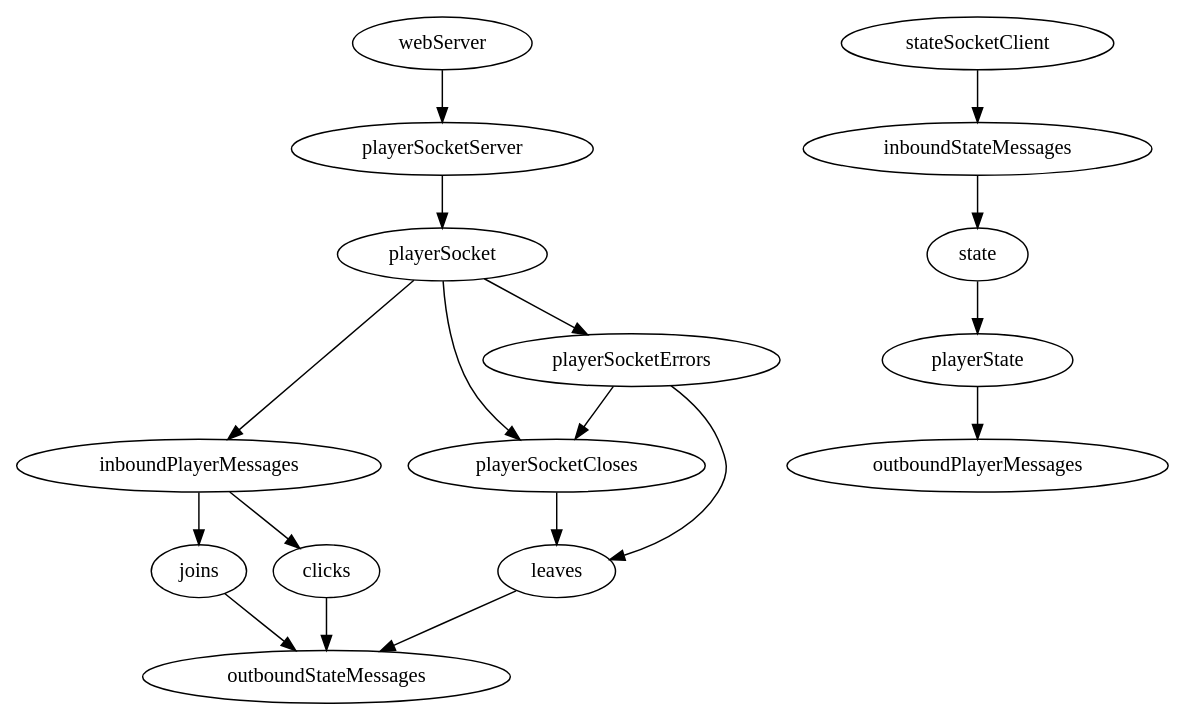
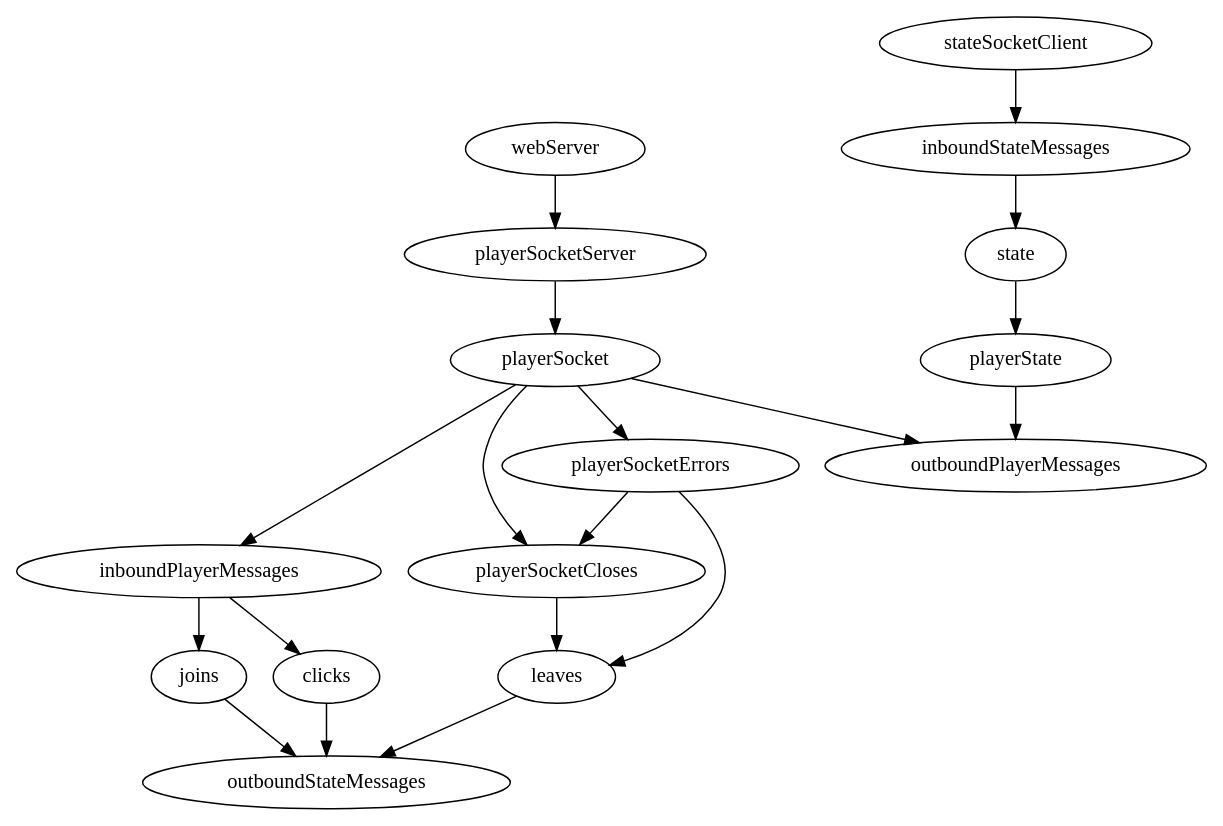
One commit to DullReferenceException/braziljs-frp-demo changed the diagram in src/player/server/graph.dot. Above: the diagram before and after it, drawn with Graphviz. The commit also changed 1 other file, not shown here.

Commit message:
Made graph a bit more accurate

```diff
--- a/src/player/server/graph.dot
+++ b/src/player/server/graph.dot
@@ -1,13 +1,13 @@
 digraph playerServer {
   webServer -> playerSocketServer;
   playerSocketServer -> playerSocket;
   playerSocket -> { inboundPlayerMessages, playerSocketCloses, playerSocketErrors };
   playerSocketErrors -> playerSocketCloses;
   inboundPlayerMessages -> { joins, clicks };
   { playerSocketCloses, playerSocketErrors } -> leaves;
   { joins, clicks, leaves } -> outboundStateMessages;
   state -> playerState;
-  playerState -> outboundPlayerMessages;
+  { playerState, playerSocket } -> outboundPlayerMessages;
   inboundStateMessages -> state;
   stateSocketClient -> inboundStateMessages;
 }
```
